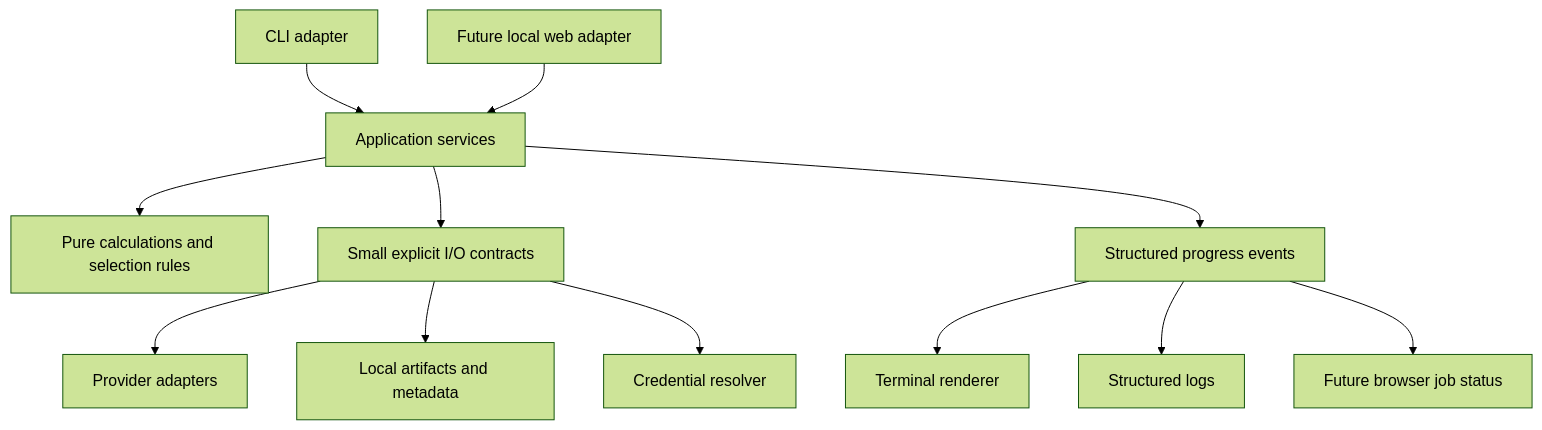
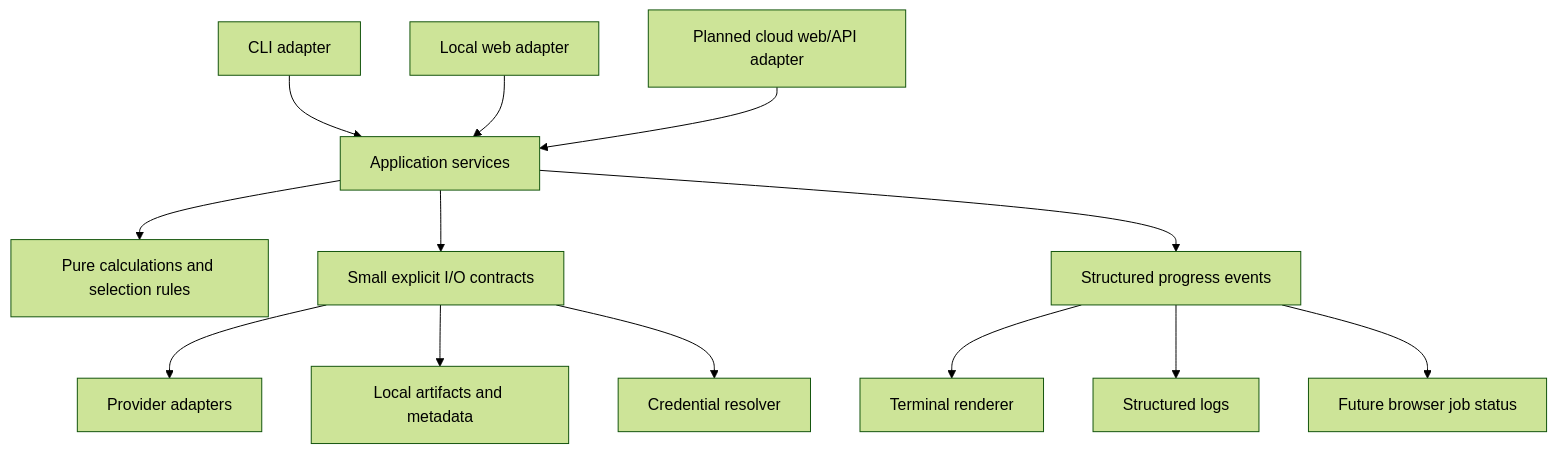
The diagram in docs/FUTURE_ENHANCEMENTS.md (Amoladhav/aaa-options-scanner), drawn with Mermaid (forest theme) before and after one commit. The commit also changed other lines of this file and 4 other files, not shown here.

Commit message:
Clarify CLI local web and cloud targets and release gates

````diff
--- a/docs/FUTURE_ENHANCEMENTS.md
+++ b/docs/FUTURE_ENHANCEMENTS.md
@@ -30,14 +70,15 @@
 ```mermaid
 flowchart TD
     CLI[CLI adapter] --> APP[Application services]
-    WEB[Future local web adapter] --> APP
+    WEB[Local web adapter] --> APP
+    CLOUD[Planned cloud web/API adapter] --> APP
     APP --> DOMAIN[Pure calculations and selection rules]
     APP --> PORTS[Small explicit I/O contracts]
     PORTS --> PROVIDERS[Provider adapters]
     PORTS --> STORE[Local artifacts and metadata]
     PORTS --> SECRETS[Credential resolver]
     APP --> EVENTS[Structured progress events]
     EVENTS --> TERMINAL[Terminal renderer]
     EVENTS --> LOGS[Structured logs]
     EVENTS --> BROWSER[Future browser job status]
 ```
````
